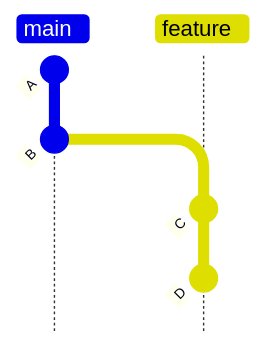
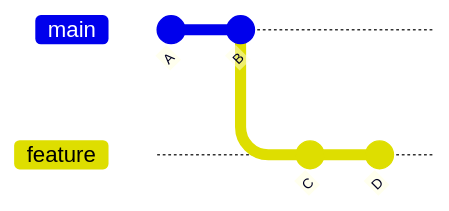
The third of 6 diagrams in .github/steps/5-step.md (skills/introduction-to-git), drawn with Mermaid before and after one commit. The commit also changed other lines of this file, not shown here.

Commit message:
fix merge style graphs to render better on GitHub

````diff
--- a/.github/steps/5-step.md
+++ b/.github/steps/5-step.md
@@ -67,9 +54,10 @@
 ```mermaid
 
-gitGraph TB:
+gitGraph LR:
    commit id: "A"
    commit id: "B"
    branch feature
    commit id: "C"
    commit id: "D"
+   checkout main
 ```
````
